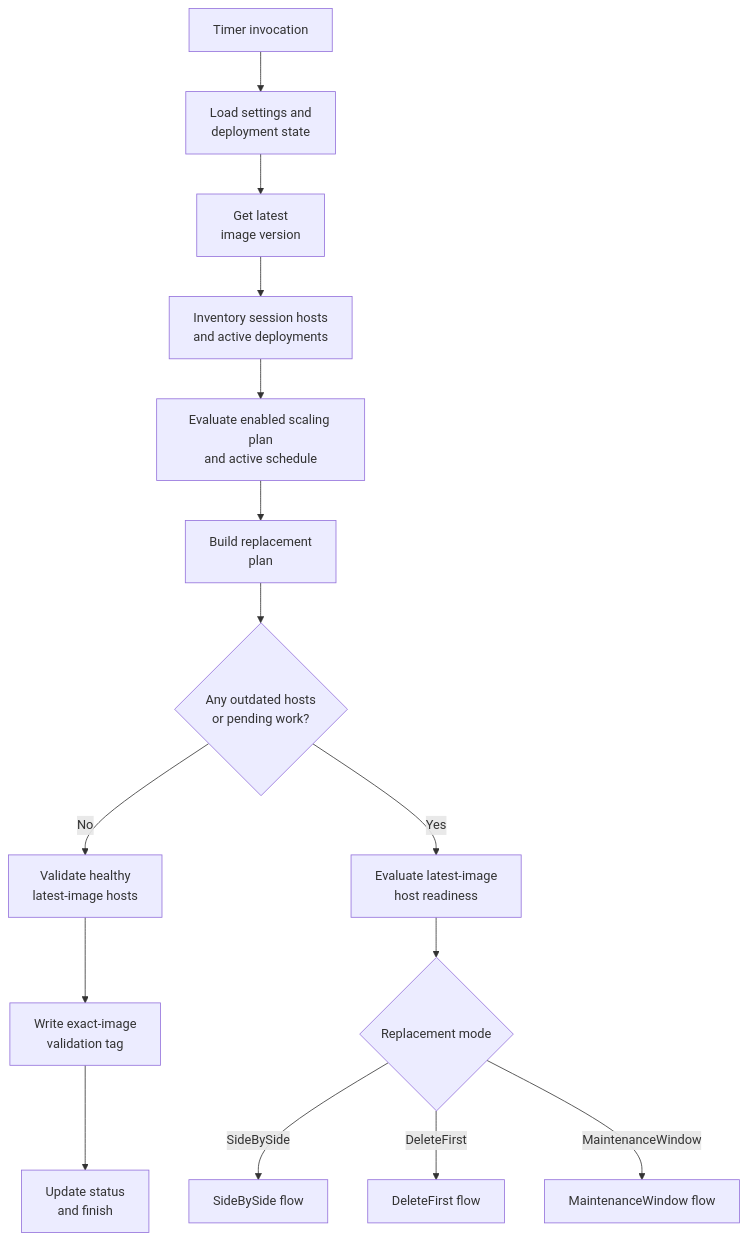
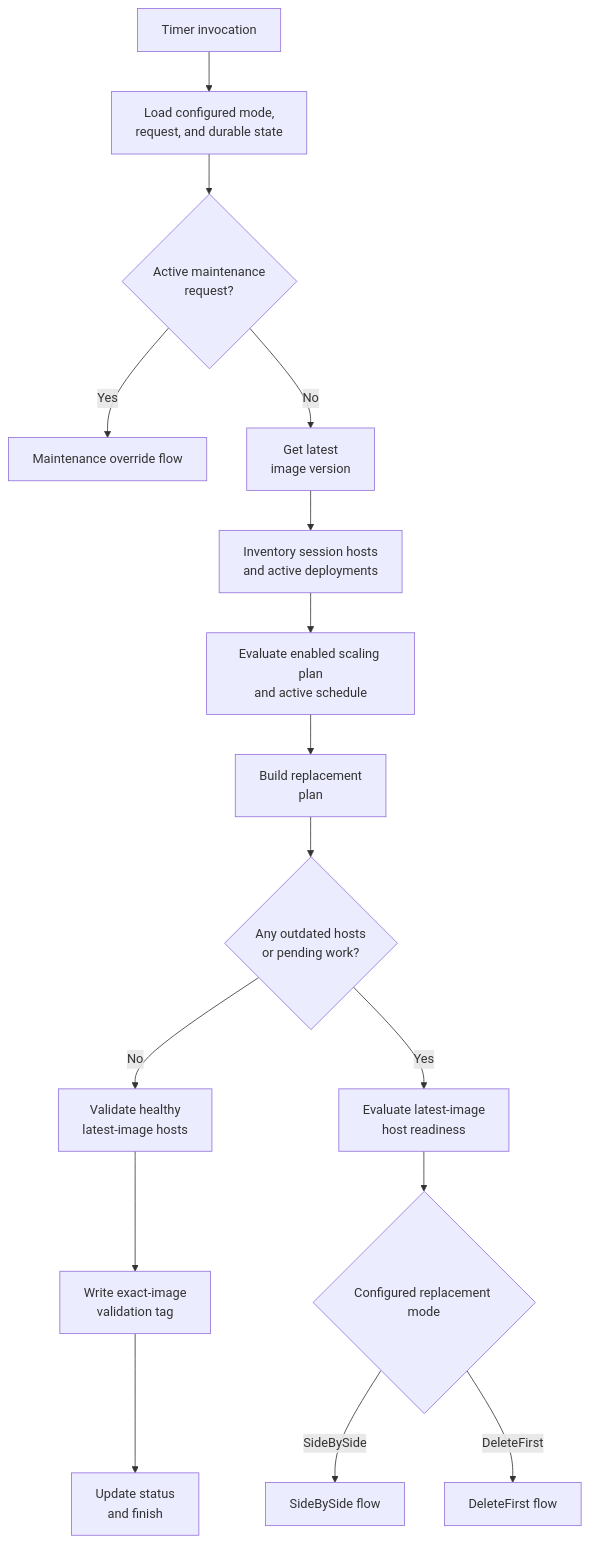
One commit to Azure/FederalAVD changed the first of 4 diagrams in deployments/add-ons/sessionHostReplacer/replacement-flow.md. Above: the diagram before and after it, drawn with Mermaid. The commit also changed other lines of this file and 19 other files, not shown here.

````diff
--- a/deployments/add-ons/sessionHostReplacer/replacement-flow.md
+++ b/deployments/add-ons/sessionHostReplacer/replacement-flow.md
@@ -15,17 +16,18 @@
 ```mermaid
 flowchart TD
-    A[Timer invocation] --> B["Load settings and<br/>deployment state"]
-    B --> C["Get latest<br/>image version"]
+    A[Timer invocation] --> B["Load configured mode,<br/>request, and durable state"]
+    B --> R{"Active maintenance<br/>request?"}
+    R -- Yes --> MW[Maintenance override flow]
+    R -- No --> C["Get latest<br/>image version"]
     C --> D["Inventory session hosts<br/>and active deployments"]
     D --> E["Evaluate enabled scaling plan<br/>and active schedule"]
     E --> F["Build replacement<br/>plan"]
     F --> G{"Any outdated hosts<br/>or pending work?"}
     G -- No --> H["Validate healthy<br/>latest-image hosts"]
     H --> I["Write exact-image<br/>validation tag"]
     I --> J["Update status<br/>and finish"]
     G -- Yes --> K["Evaluate latest-image<br/>host readiness"]
-    K --> L{Replacement mode}
+    K --> L{Configured replacement mode}
     L -- SideBySide --> SBS[SideBySide flow]
     L -- DeleteFirst --> DF[DeleteFirst flow]
-    L -- MaintenanceWindow --> MW[MaintenanceWindow flow]
 ```
````
